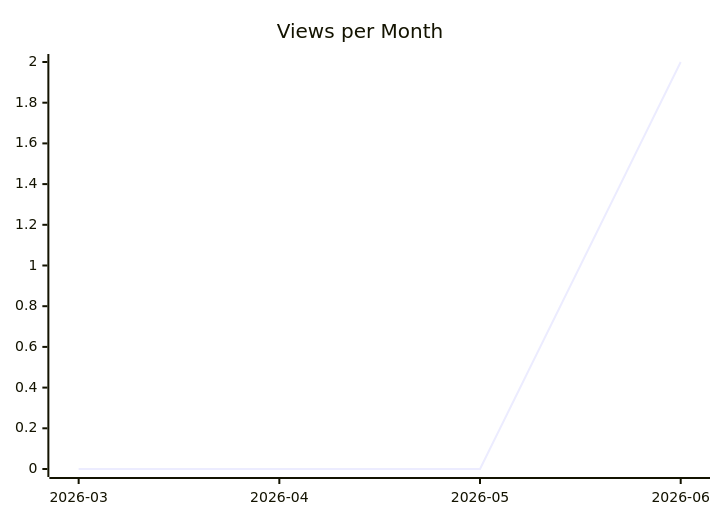
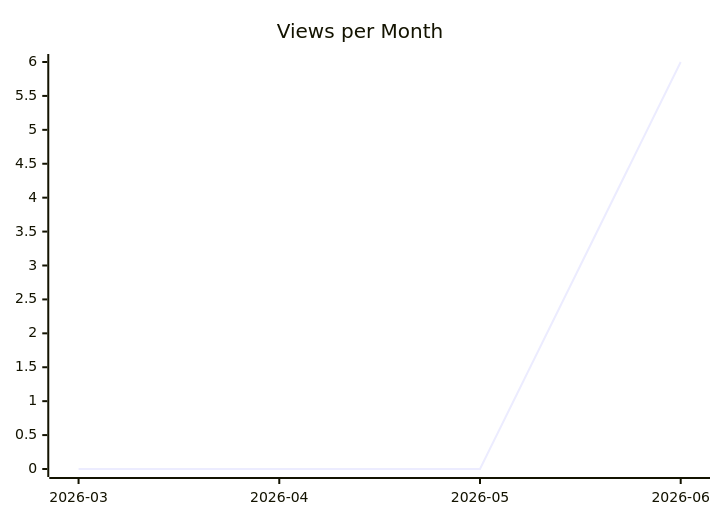
Before and after one commit to justdavis-family/github-analytics-data: the second of 3 diagrams in karlmdavis/ansible-role-ldap/README.md, drawn with Mermaid. The commit also changed other lines of this file and 199 other files, not shown here.

````diff
--- a/karlmdavis/ansible-role-ldap/README.md
+++ b/karlmdavis/ansible-role-ldap/README.md
@@ -12,6 +12,6 @@
 ```mermaid
 xychart-beta
   title "Views per Month"
   x-axis ["2026-03", "2026-04", "2026-05", "2026-06"]
-  line [0, 0, 0, 2]
+  line [0, 0, 0, 6]
 ```
````
